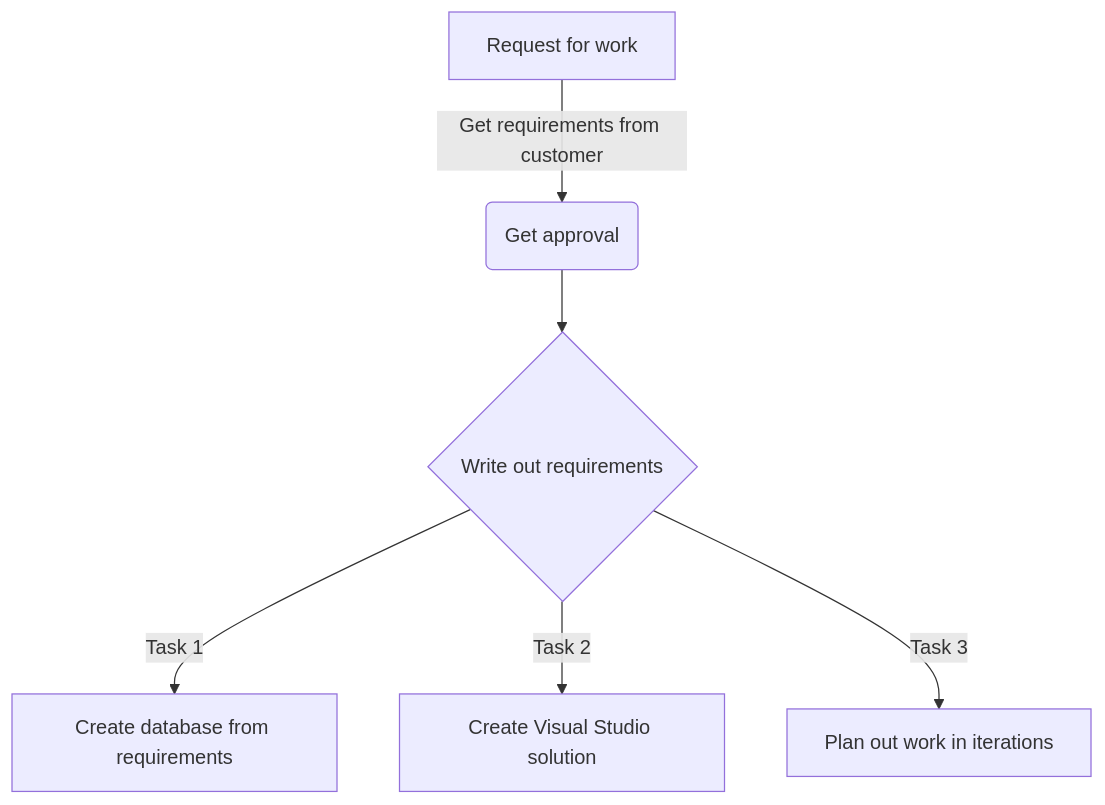
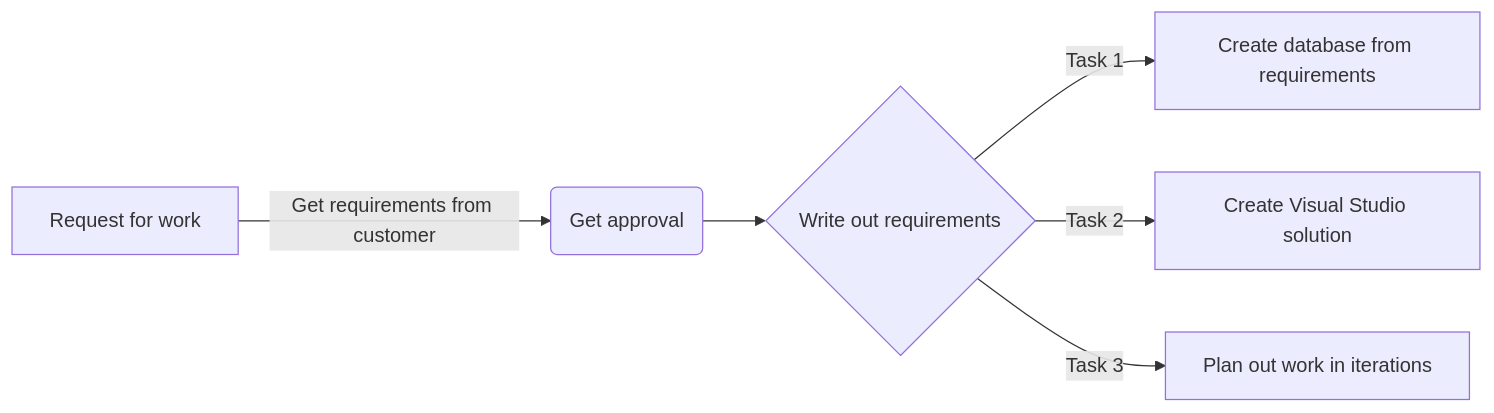
One commit to karenpayneoregon/teaching-simple-validation changed the diagram in readme.md. Above: the diagram before and after it, drawn with Mermaid.

````diff
--- a/readme.md
+++ b/readme.md
@@ -18,8 +18,8 @@
 ```mermaid
-graph TD
+graph LR
     A[Request for work] -->|Get requirements from customer| B(Get approval)
     B --> C{Write out requirements}
     C -->|Task 1| D[Create database from requirements]
     C -->|Task 2| E[Create Visual Studio solution]
     C -->|Task 3| F[Plan out work in iterations]
 ```
````
